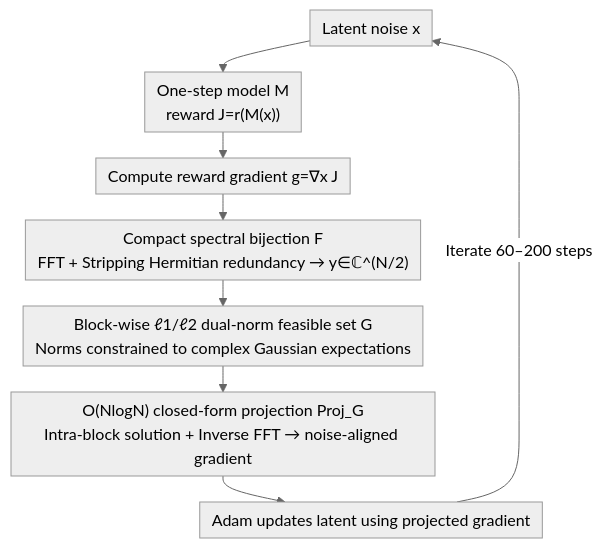
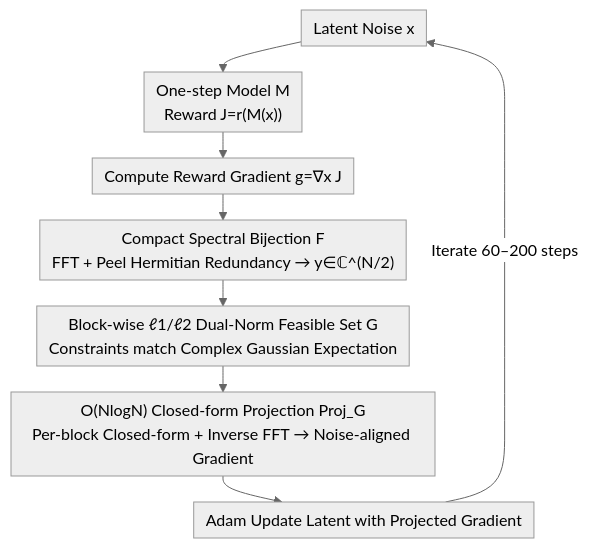
Before and after one commit to zhaoyang97/Paper-Notes-en: the diagram in docs/ICML2026/image_generation/gradient_preconditioning_for_efficient_and_reliable_reward-guided_generation.md, drawn with Mermaid (neutral theme). The commit also changed other lines of this file and 5084 other files, not shown here.

````diff
--- a/docs/ICML2026/image_generation/gradient_preconditioning_for_efficient_and_reliable_reward-guided_generation.md
+++ b/docs/ICML2026/image_generation/gradient_preconditioning_for_efficient_and_reliable_reward-guided_generation.md
@@ -43,11 +43,11 @@
 ```mermaid
 %%{init: {'flowchart': {'rankSpacing': 26, 'nodeSpacing': 30, 'padding': 6, 'wrappingWidth': 400}}}%%
 flowchart TD
-    A["Latent noise x"] --> B["One-step model M<br/>reward J=r(M(x))"]
-    B --> C["Compute reward gradient g=∇x J"]
-    C --> D["Compact spectral bijection F<br/>FFT + Stripping Hermitian redundancy → y∈ℂ^(N/2)"]
-    D --> E["Block-wise ℓ1/ℓ2 dual-norm feasible set G<br/>Norms constrained to complex Gaussian expectations"]
-    E --> F["O(NlogN) closed-form projection Proj_G<br/>Intra-block solution + Inverse FFT → noise-aligned gradient"]
-    F --> G["Adam updates latent using projected gradient"]
+    A["Latent Noise x"] --> B["One-step Model M<br/>Reward J=r(M(x))"]
+    B --> C["Compute Reward Gradient g=∇x J"]
+    C --> D["Compact Spectral Bijection F<br/>FFT + Peel Hermitian Redundancy → y∈ℂ^(N/2)"]
+    D --> E["Block-wise ℓ1/ℓ2 Dual-Norm Feasible Set G<br/>Constraints match Complex Gaussian Expectation"]
+    E --> F["O(NlogN) Closed-form Projection Proj_G<br/>Per-block Closed-form + Inverse FFT → Noise-aligned Gradient"]
+    F --> G["Adam Update Latent with Projected Gradient"]
     G -->|"Iterate 60–200 steps"| A
 ```
````
